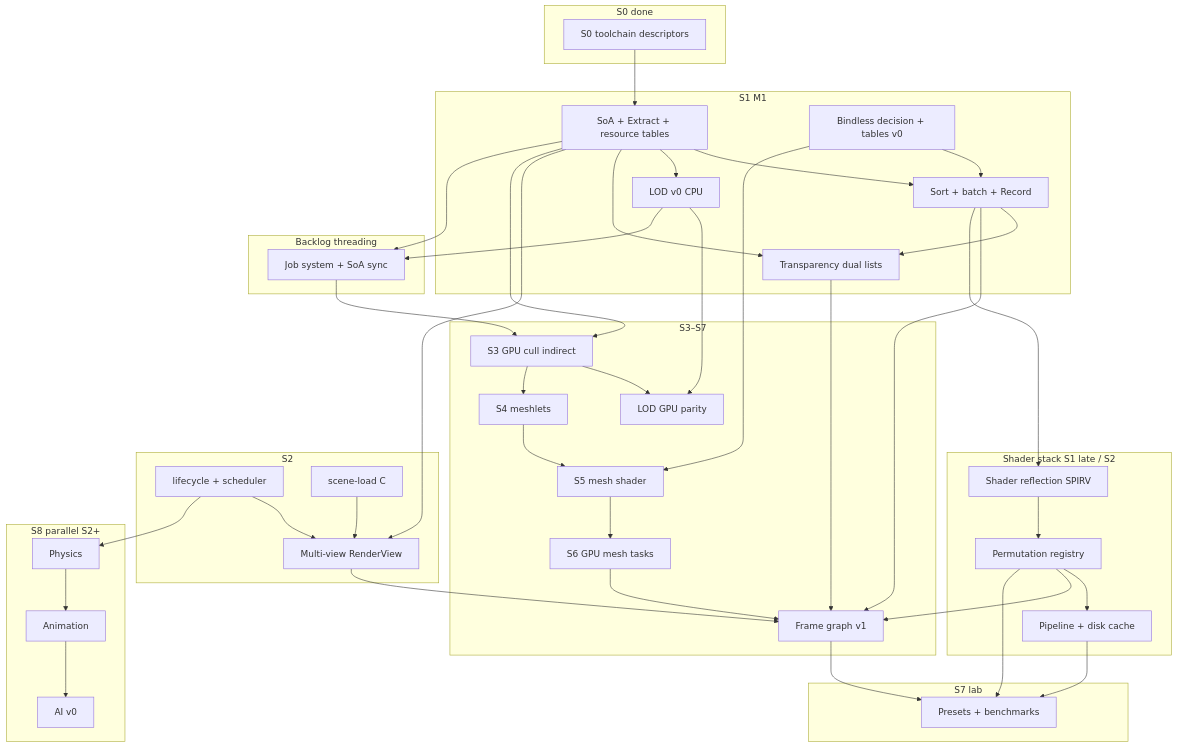
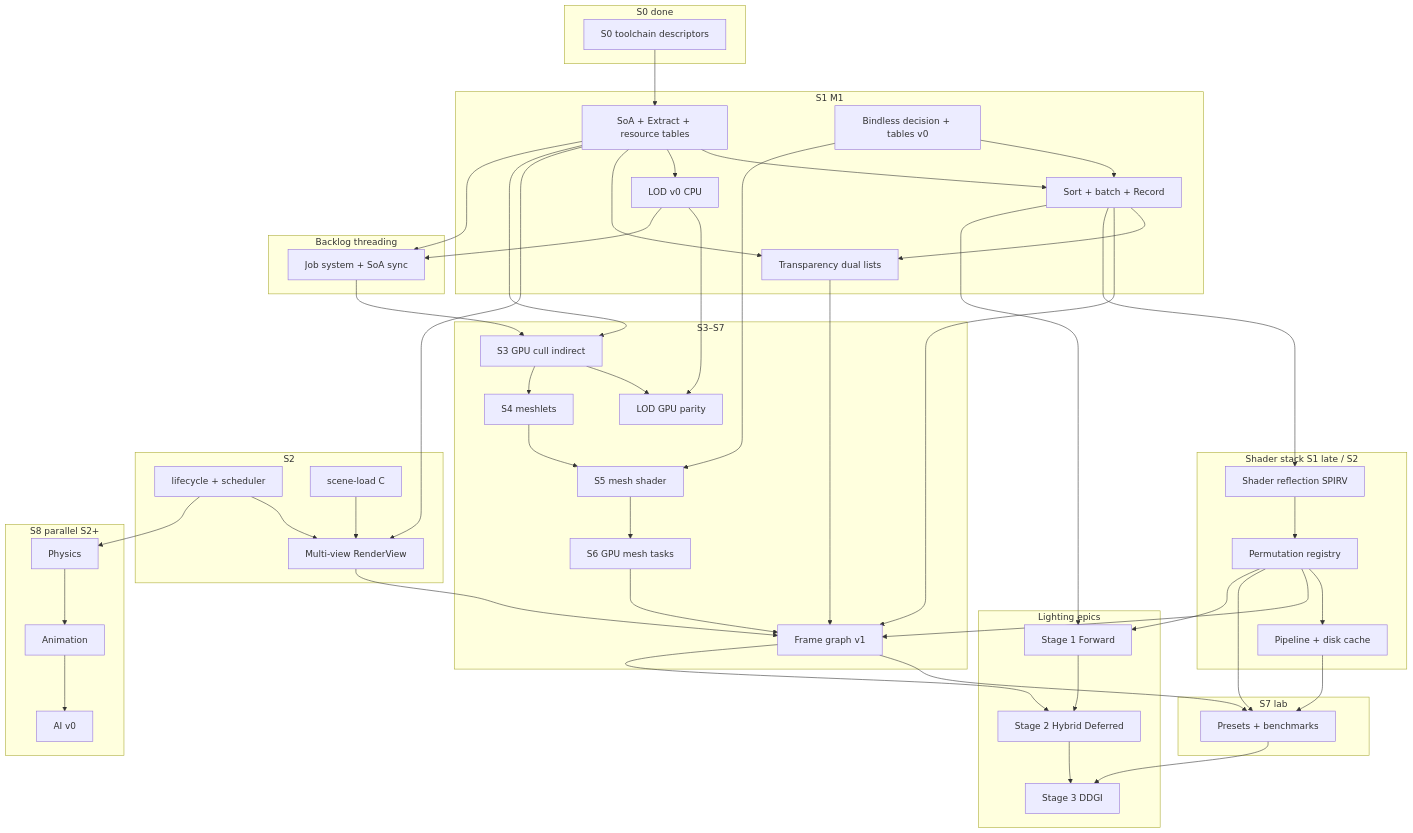
One commit to PluseggWill/SiriusEngine_VulkanReboot changed the second of 3 diagrams in Docs/SprintPlan.md. Above: the diagram before and after it, drawn with Mermaid. The commit also changed other lines of this file and 6 other files, not shown here.

First line of the commit message:
[Docs] Align sprint planning, naming, and validation flow

````diff
--- a/Docs/SprintPlan.md
+++ b/Docs/SprintPlan.md
@@ -63,83 +85,94 @@
 ```mermaid
 flowchart TB
-  subgraph foundation [S0 done]
-    S0[S0 toolchain descriptors]
+  subgraph GRP_FOUNDATION [S0 done]
+    TASK_S0[S0 toolchain descriptors]
   end
 
-  subgraph s1 [S1 M1]
-    SoA[SoA + Extract + resource tables]
-    Sort[Sort + batch + Record]
-    LOD0[LOD v0 CPU]
-    Trans[Transparency dual lists]
-    BindDec[Bindless decision + tables v0]
-    SoA --> Sort
-    SoA --> LOD0
-    SoA --> Trans
-    Sort --> Trans
-    BindDec --> Sort
+  subgraph GRP_S1 [S1 M1]
+    TASK_SOA[SoA + Extract + resource tables]
+    TASK_SORT[Sort + batch + Record]
+    TASK_LOD0[LOD v0 CPU]
+    TASK_TRANS[Transparency dual lists]
+    TASK_BINDDEC[Bindless decision + tables v0]
+    TASK_SOA --> TASK_SORT
+    TASK_SOA --> TASK_LOD0
+    TASK_SOA --> TASK_TRANS
+    TASK_SORT --> TASK_TRANS
+    TASK_BINDDEC --> TASK_SORT
   end
 
-  subgraph shader [Shader stack S1 late / S2]
-    Reflect[Shader reflection SPIRV]
-    Perm[Permutation registry]
-    Cache[Pipeline + disk cache]
-    Reflect --> Perm
-    Perm --> Cache
+  subgraph GRP_SHADER [Shader stack S1 late / S2]
+    TASK_REFLECT[Shader reflection SPIRV]
+    TASK_PERM[Permutation registry]
+    TASK_CACHE[Pipeline + disk cache]
+    TASK_REFLECT --> TASK_PERM
+    TASK_PERM --> TASK_CACHE
   end
 
-  subgraph s2 [S2]
-    Life[lifecycle + scheduler]
-    Scene[scene-load C]
-    MultiCam[Multi-view RenderView]
-    Life --> MultiCam
-    SoA --> MultiCam
+  subgraph GRP_S2 [S2]
+    TASK_LIFE[lifecycle + scheduler]
+    TASK_SCENE[scene-load C]
+    TASK_MULTICAM[Multi-view RenderView]
+    TASK_LIFE --> TASK_MULTICAM
+    TASK_SOA --> TASK_MULTICAM
   end
 
-  subgraph render_adv [S3–S7]
-    GPUcull[S3 GPU cull indirect]
-    Meshlet[S4 meshlets]
-    MeshSh[S5 mesh shader]
-    GPUMesh[S6 GPU mesh tasks]
-    FG[Frame graph v1]
-    LODgpu[LOD GPU parity]
-    SoA --> GPUcull
-    LOD0 --> LODgpu
-    GPUcull --> LODgpu
-    Sort --> FG
-    Perm --> FG
-    MultiCam --> FG
-    GPUcull --> Meshlet
-    Meshlet --> MeshSh
-    BindDec --> MeshSh
-    MeshSh --> GPUMesh
-    GPUMesh --> FG
+  subgraph GRP_RENDER_ADV [S3–S7]
+    TASK_GPUCULL[S3 GPU cull indirect]
+    TASK_MESHLET[S4 meshlets]
+    TASK_MESHSH[S5 mesh shader]
+    TASK_GPUMESH[S6 GPU mesh tasks]
+    TASK_FG[Frame graph v1]
+    TASK_LODGPU[LOD GPU parity]
+    TASK_SOA --> TASK_GPUCULL
+    TASK_LOD0 --> TASK_LODGPU
+    TASK_GPUCULL --> TASK_LODGPU
+    TASK_SORT --> TASK_FG
+    TASK_PERM --> TASK_FG
+    TASK_MULTICAM --> TASK_FG
+    TASK_GPUCULL --> TASK_MESHLET
+    TASK_MESHLET --> TASK_MESHSH
+    TASK_BINDDEC --> TASK_MESHSH
+    TASK_MESHSH --> TASK_GPUMESH
+    TASK_GPUMESH --> TASK_FG
   end
 
-  subgraph s7 [S7 lab]
-    Preset[Presets + benchmarks]
-    FG --> Preset
-    Perm --> Preset
-    Cache --> Preset
+  subgraph GRP_S7 [S7 lab]
+    TASK_PRESET[Presets + benchmarks]
+    TASK_FG --> TASK_PRESET
+    TASK_PERM --> TASK_PRESET
+    TASK_CACHE --> TASK_PRESET
   end
 
-  subgraph s8 [S8 parallel S2+]
-    Phys[Physics]
-    Anim[Animation]
-    AI[AI v0]
-    Life --> Phys
-    Phys --> Anim
-    Anim --> AI
+  subgraph GRP_LIGHTING [Lighting epics]
+    STG_1E[Stage 1 Forward]
+    STG_2E[Stage 2 Hybrid Deferred]
+    STG_3E[Stage 3 DDGI]
+    STG_1E --> STG_2E --> STG_3E
   end
 
-  subgraph mt [Backlog threading]
-    Jobs[Job system + SoA sync]
-    SoA --> Jobs
-    LOD0 --> Jobs
-    Jobs --> GPUcull
+  subgraph GRP_S8 [S8 parallel S2+]
+    TASK_PHYS[Physics]
+    TASK_ANIM[Animation]
+    TASK_AI[AI v0]
+    TASK_LIFE --> TASK_PHYS
+    TASK_PHYS --> TASK_ANIM
+    TASK_ANIM --> TASK_AI
   end
 
-  S0 --> SoA
-  Sort --> Reflect
-  Scene --> MultiCam
-  Trans --> FG
+  subgraph GRP_MT [Backlog threading]
+    TASK_JOBS[Job system + SoA sync]
+    TASK_SOA --> TASK_JOBS
+    TASK_LOD0 --> TASK_JOBS
+    TASK_JOBS --> TASK_GPUCULL
+  end
+
+  TASK_S0 --> TASK_SOA
+  TASK_SORT --> TASK_REFLECT
+  TASK_SCENE --> TASK_MULTICAM
+  TASK_TRANS --> TASK_FG
+  TASK_SORT --> STG_1E
+  TASK_PERM --> STG_1E
+  TASK_FG --> STG_2E
+  TASK_PRESET --> STG_3E
 ```
````
